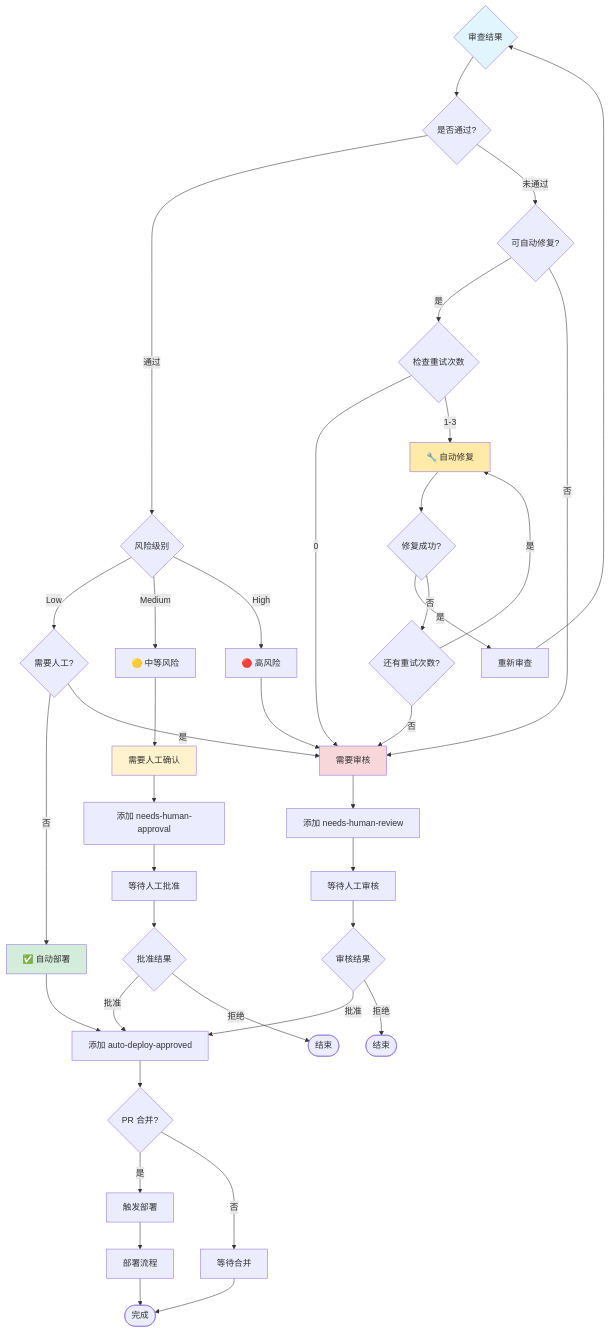
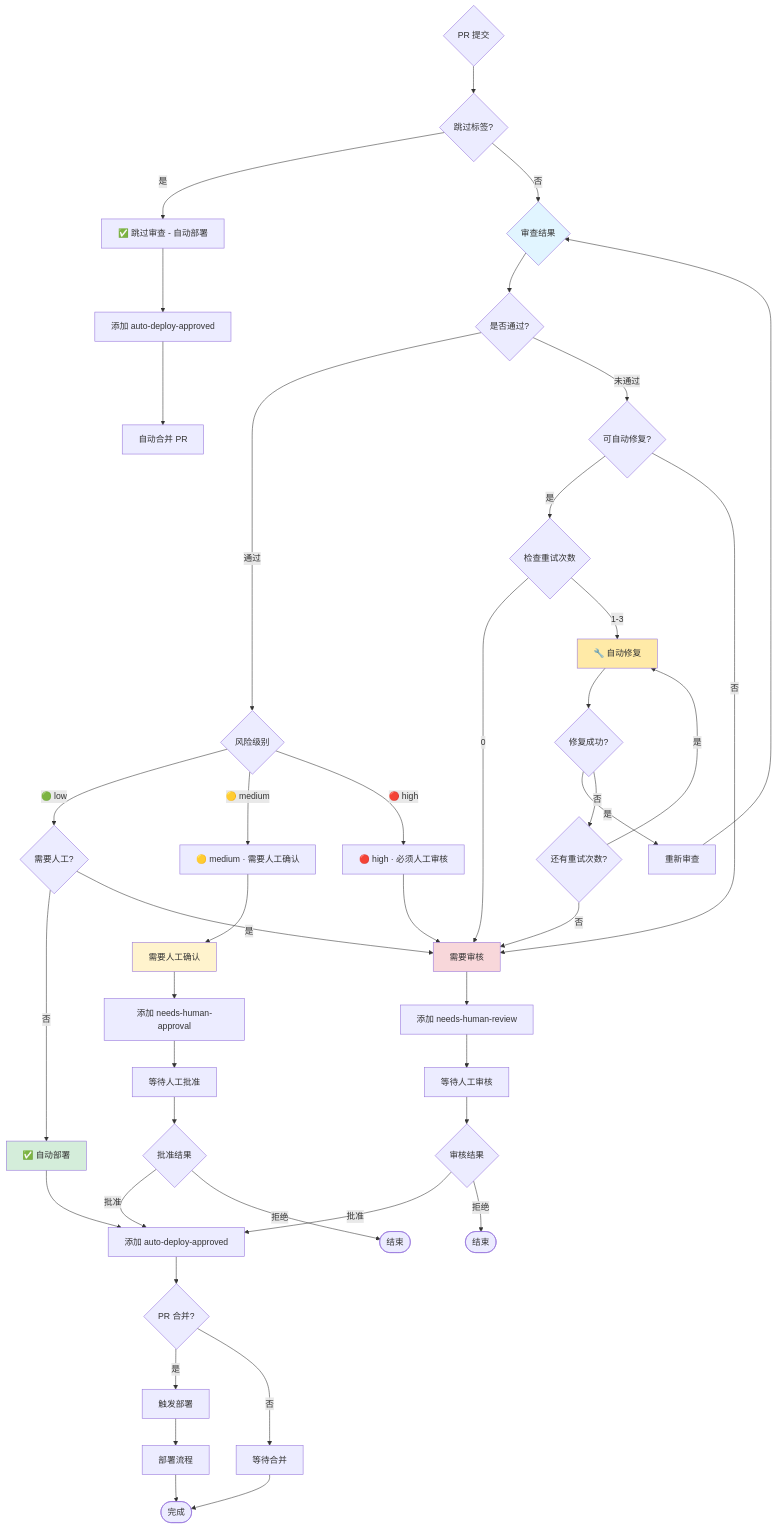
One commit to Lzp1996/test changed the seventh of 8 diagrams in .github/FLOWCHARTS.md. Above: the diagram before and after it, drawn with Mermaid. The commit also changed other lines of this file and 14 other files, not shown here.

````diff
--- a/.github/FLOWCHARTS.md
+++ b/.github/FLOWCHARTS.md
@@ -324,62 +447,69 @@
 ```mermaid
 graph TB
-    Start{审查结果} --> CheckPassed{是否通过?}
+    Entry{PR 提交} --> SkipCheck{跳过标签?}
+    SkipCheck -->|是| SkipDeploy[✅ 跳过审查 - 自动部署]
+    SkipCheck -->|否| Start{审查结果}
+    
+    Start --> CheckPassed{是否通过?}
     
     CheckPassed -->|通过| CheckRisk{风险级别}
     CheckPassed -->|未通过| CheckFix{可自动修复?}
     
-    CheckRisk -->|Low| CheckHuman1{需要人工?}
-    CheckRisk -->|Medium| Medium[🟡 中等风险]
-    CheckRisk -->|High| High[🔴 高风险]
+    CheckRisk -->|🟢 low| CheckHuman1{需要人工?}
+    CheckRisk -->|🟡 medium| Medium["🟡 medium · 需要人工确认"]
+    CheckRisk -->|🔴 high| High["🔴 high · 必须人工审核"]
     
     CheckHuman1 -->|否| AutoDeploy[✅ 自动部署]
     CheckHuman1 -->|是| NeedReview[需要审核]
     
     Medium --> Confirm[需要人工确认]
     High --> NeedReview
     
     CheckFix -->|是| CheckAttempts{检查重试次数}
     CheckFix -->|否| NeedReview
     
     CheckAttempts -->|0| NeedReview
     CheckAttempts -->|1-3| AutoFix[🔧 自动修复]
     
     AutoFix --> FixResult{修复成功?}
     FixResult -->|是| ReReview[重新审查]
     FixResult -->|否| DecreaseAttempt{还有重试次数?}
     
     DecreaseAttempt -->|是| AutoFix
     DecreaseAttempt -->|否| NeedReview
     
     ReReview --> Start
+    
+    SkipDeploy --> LabelSkip[添加 auto-deploy-approved]
+    LabelSkip --> MergeSkip[自动合并 PR]
     
     AutoDeploy --> Label1[添加 auto-deploy-approved]
     Confirm --> Label2[添加 needs-human-approval]
     NeedReview --> Label3[添加 needs-human-review]
     
     Label1 --> Merge{PR 合并?}
     Label2 --> WaitApproval[等待人工批准]
     Label3 --> WaitReview[等待人工审核]
     
     Merge -->|是| Deploy[触发部署]
     Merge -->|否| Wait[等待合并]
     
     WaitApproval --> ApprovalResult{批准结果}
     ApprovalResult -->|批准| Label1
     ApprovalResult -->|拒绝| End1([结束])
     
     WaitReview --> ReviewResult{审核结果}
     ReviewResult -->|批准| Label1
     ReviewResult -->|拒绝| End2([结束])
     
     Deploy --> DeployFlow[部署流程]
     DeployFlow --> Done([完成])
     
     Wait --> Done
     
     style AutoDeploy fill:#d4edda
     style AutoFix fill:#ffeaa7
     style NeedReview fill:#f8d7da
     style Confirm fill:#fff3cd
     style Start fill:#e1f5ff
 ```
````
